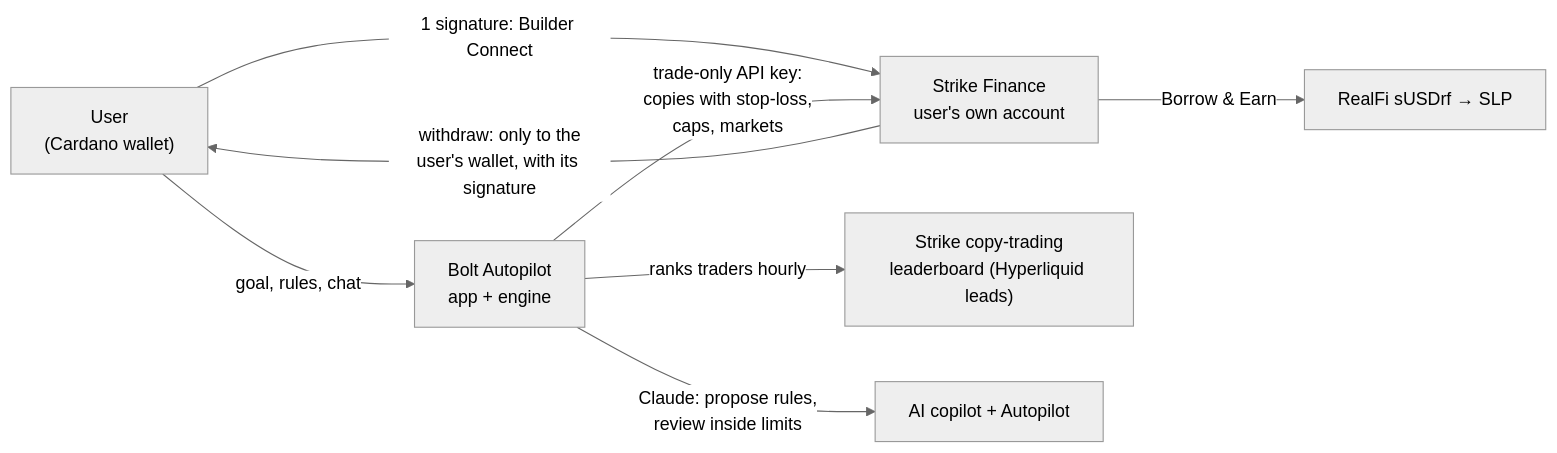
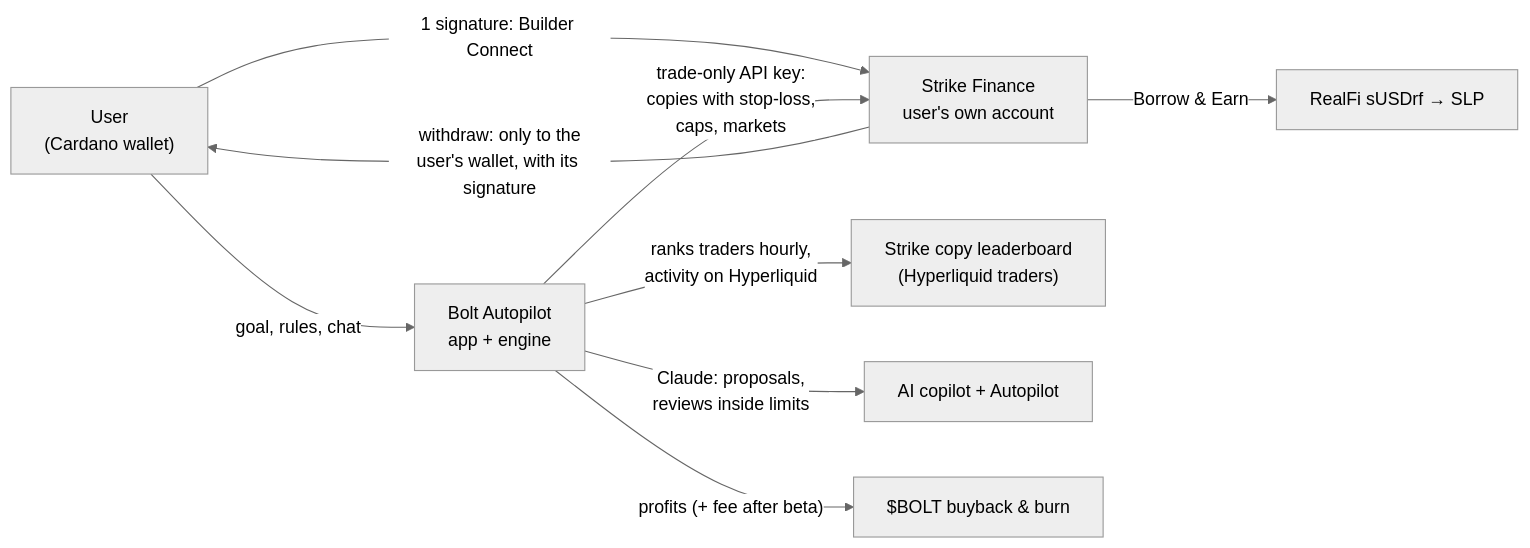
Before and after one commit to BoltTheStriker/bolt-autopilot: the diagram in docs/hackathon/SUBMISSION.md, drawn with Mermaid (neutral theme). The commit also changed other lines of this file and 40 other files, not shown here.

Commit message:
Easiest way into Strike: smarter picking, trader window, setup sharing, the $BOLT flywheel and holder perks, roadmap; self-hosted worker

````diff
--- a/docs/hackathon/SUBMISSION.md
+++ b/docs/hackathon/SUBMISSION.md
@@ -45,10 +56,11 @@
 ```mermaid
 flowchart LR
   U["User\n(Cardano wallet)"] -->|"1 signature: Builder Connect"| S["Strike Finance\nuser's own account"]
   U -->|"goal, rules, chat"| B["Bolt Autopilot\napp + engine"]
-  B -->|"ranks traders hourly"| L["Strike copy-trading\nleaderboard (Hyperliquid leads)"]
+  B -->|"ranks traders hourly,\nactivity on Hyperliquid"| L["Strike copy leaderboard\n(Hyperliquid traders)"]
   B -->|"trade-only API key:\ncopies with stop-loss,\ncaps, markets"| S
-  B -->|"Claude: propose rules,\nreview inside limits"| C["AI copilot + Autopilot"]
+  B -->|"Claude: proposals,\nreviews inside limits"| C["AI copilot + Autopilot"]
   S -->|"Borrow & Earn"| R["RealFi sUSDrf → SLP"]
   S -->|"withdraw: only to the\nuser's wallet, with its signature"| U
+  B -->|"profits (+ fee after beta)"| F["$BOLT buyback & burn"]
 ```
````
